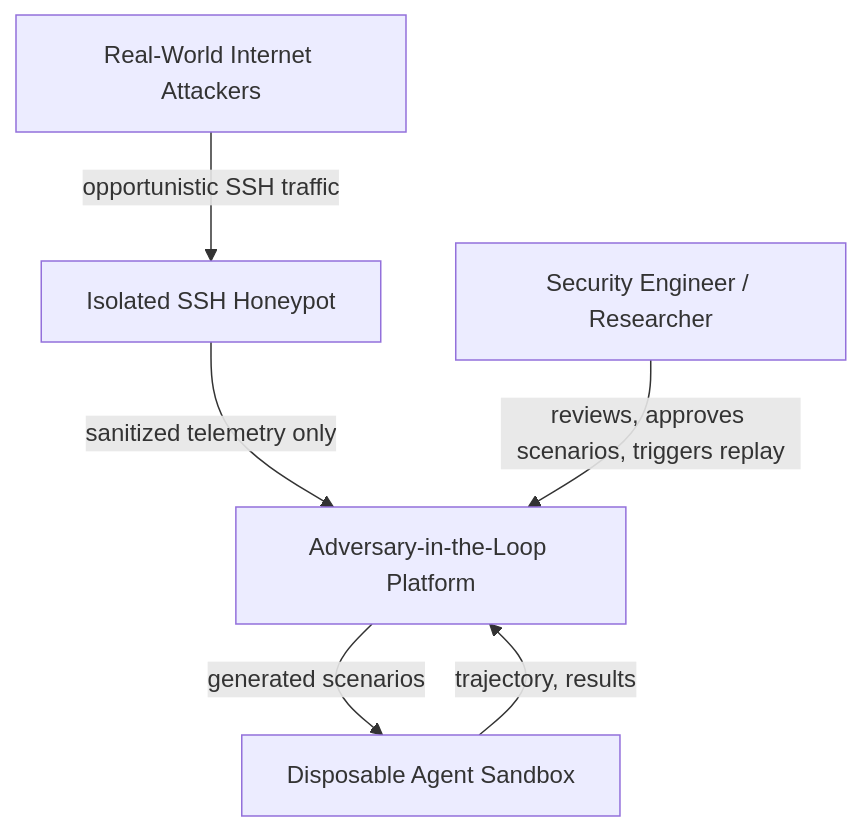
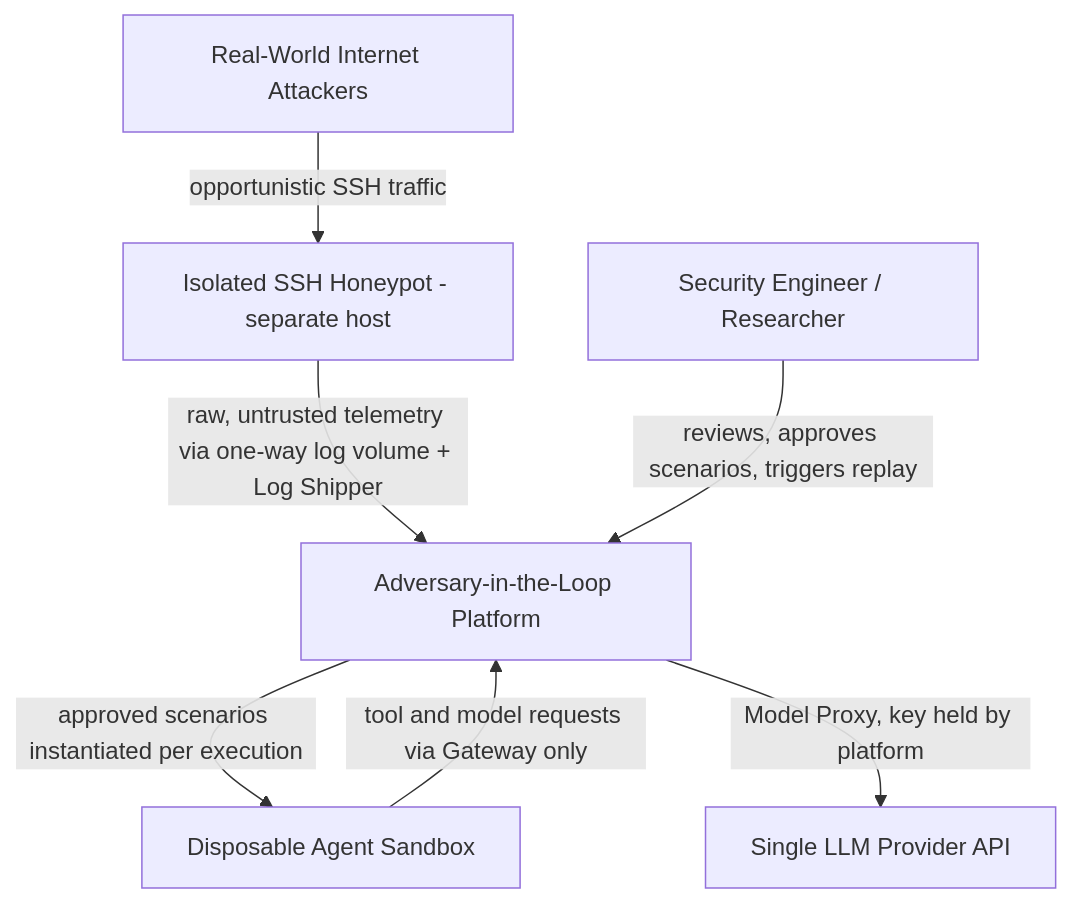
One commit to Shriram28Baskar/Adversary-in-the-loop changed the first of 9 diagrams in ARCHITECTURE.md. Above: the diagram before and after it, drawn with Mermaid. The commit also changed other lines of this file and 3 other files, not shown here.

````diff
--- a/ARCHITECTURE.md
+++ b/ARCHITECTURE.md
@@ -22,14 +24,16 @@
 ```mermaid
 flowchart TB
     ATT[Real-World Internet Attackers]
-    HP[Isolated SSH Honeypot]
+    HP[Isolated SSH Honeypot - separate host]
     SYS[Adversary-in-the-Loop Platform]
     OP[Security Engineer / Researcher]
     SBX[Disposable Agent Sandbox]
+    LLM[Single LLM Provider API]
 
     ATT -->|opportunistic SSH traffic| HP
-    HP -->|sanitized telemetry only| SYS
+    HP -->|raw, untrusted telemetry via one-way log volume + Log Shipper| SYS
     OP -->|reviews, approves scenarios, triggers replay| SYS
-    SYS -->|generated scenarios| SBX
-    SBX -->|trajectory, results| SYS
+    SYS -->|approved scenarios instantiated per execution| SBX
+    SBX -->|tool and model requests via Gateway only| SYS
+    SYS -->|Model Proxy, key held by platform| LLM
 ```
````
